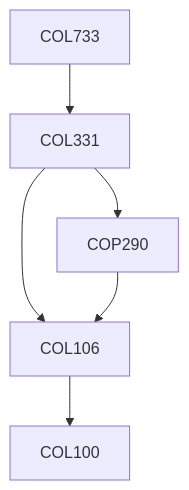
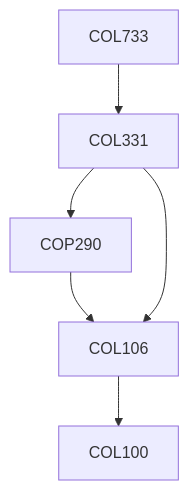
Before and after one commit to KeshavBansal0122/CoS_Website: the diagram in content/Computer Science and Engineering/COL733.md, drawn with Mermaid. The commit also changed other lines of this file and 2662 other files, not shown here.

````diff
--- a/content/Computer Science and Engineering/COL733.md
+++ b/content/Computer Science and Engineering/COL733.md
@@ -13,12 +13,12 @@
 ```mermaid
 flowchart TD
 COL733-206[COL733]
 COL331-206 --> COP290-206[COP290]
+COL106-206 --> COL100-206[COL100]
+COP290-206 --> COL106-206[COL106]
+COL733-206 --> COL331-206[COL331]
 COL331-206 --> COL106-206[COL106]
-COL106-206 --> COL100-206[COL100]
-COL733-206 --> COL331-206[COL331]
-COP290-206 --> COL106-206[COL106]
 
 classDef empty height:17px, fill:transparent, stroke:transparent;
 classDef trueEmpty height:0px, width:0px;
 ```
````
